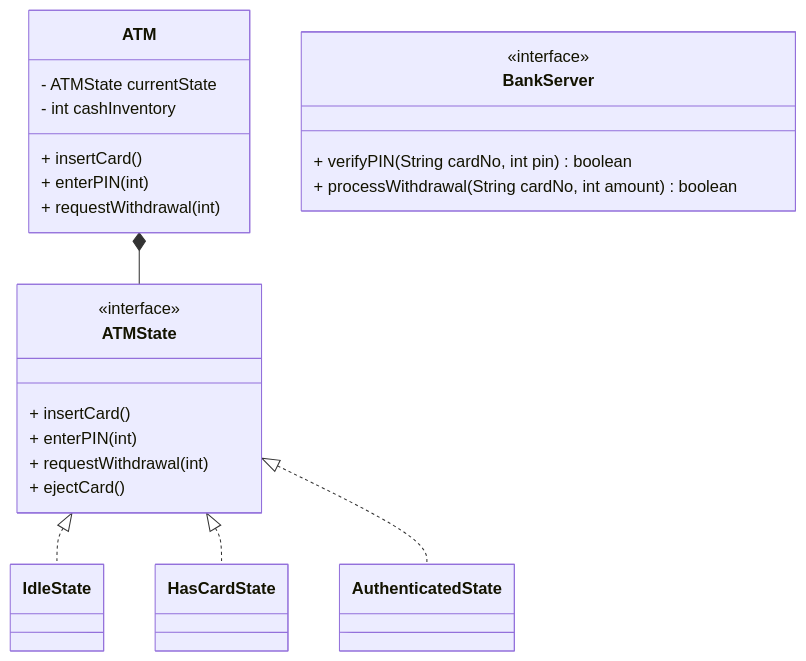
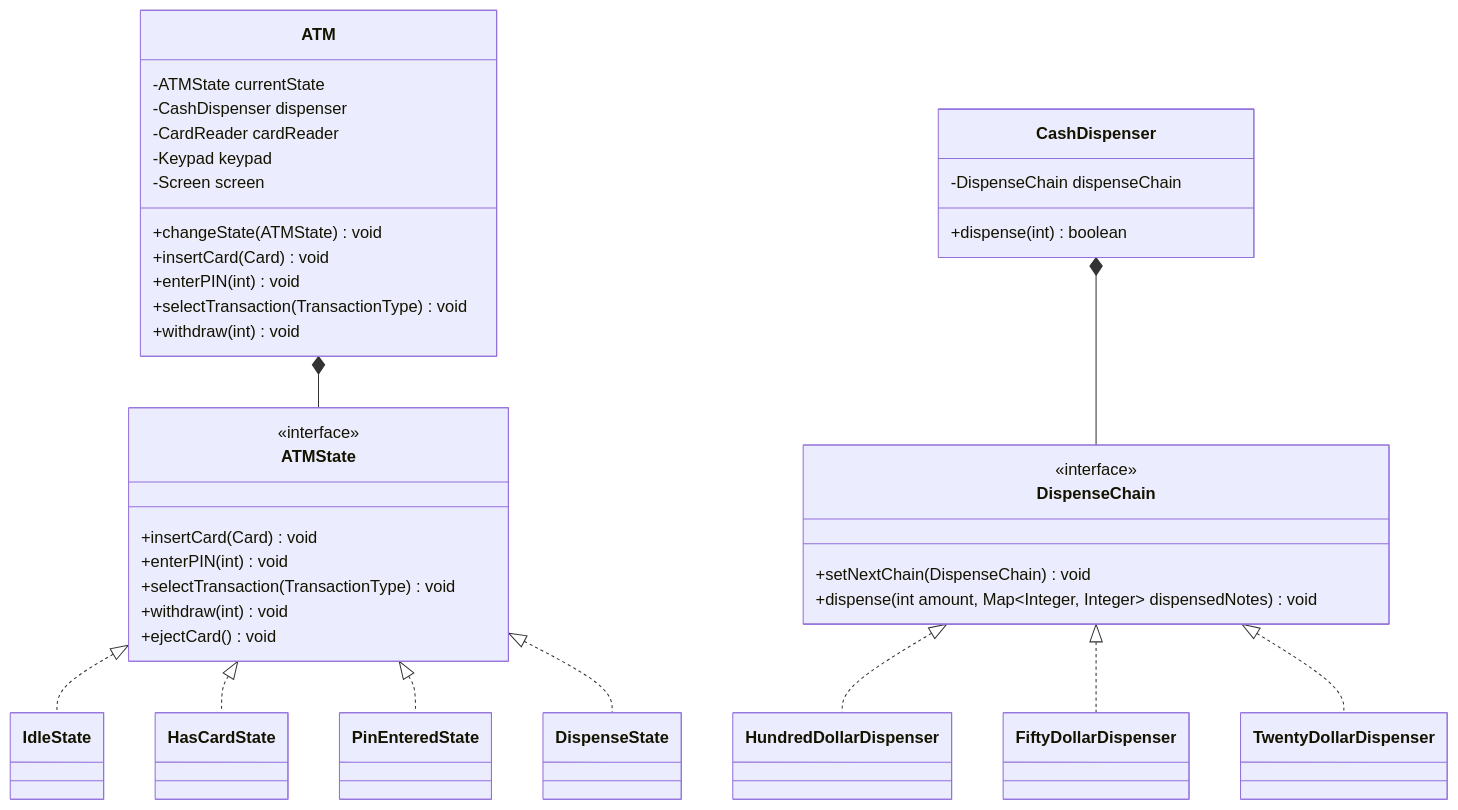
The second of 2 diagrams in src/pages/03-lld/machine-coding/atm/index.mdx (akshay-k-r/Interview-Prep-Resource), drawn with Mermaid before and after one commit. The commit also changed other lines of this file and 179 other files, not shown here.

````diff
--- a/src/pages/03-lld/machine-coding/atm/index.mdx
+++ b/src/pages/03-lld/machine-coding/atm/index.mdx
@@ -28,34 +55,55 @@
 ```mermaid
 classDiagram
     class ATM {
-        - ATMState currentState
-        - int cashInventory
-        + insertCard()
-        + enterPIN(int)
-        + requestWithdrawal(int)
+        -ATMState currentState
+        -CashDispenser dispenser
+        -CardReader cardReader
+        -Keypad keypad
+        -Screen screen
+        +changeState(ATMState) void
+        +insertCard(Card) void
+        +enterPIN(int) void
+        +selectTransaction(TransactionType) void
+        +withdraw(int) void
     }
 
     class ATMState {
         <<interface>>
-        + insertCard()
-        + enterPIN(int)
-        + requestWithdrawal(int)
-        + ejectCard()
+        +insertCard(Card) void
+        +enterPIN(int) void
+        +selectTransaction(TransactionType) void
+        +withdraw(int) void
+        +ejectCard() void
     }
-    
+
     class IdleState { }
     class HasCardState { }
-    class AuthenticatedState { }
-    
+    class PinEnteredState { }
+    class DispenseState { }
+
     ATMState <|.. IdleState
     ATMState <|.. HasCardState
-    ATMState <|.. AuthenticatedState
-    
+    ATMState <|.. PinEnteredState
+    ATMState <|.. DispenseState
     ATM *-- ATMState
 
-    class BankServer {
+    class CashDispenser {
+        -DispenseChain dispenseChain
+        +dispense(int) boolean
+    }
+
+    class DispenseChain {
         <<interface>>
-        + verifyPIN(String cardNo, int pin) boolean
-        + processWithdrawal(String cardNo, int amount) boolean
+        +setNextChain(DispenseChain) void
+        +dispense(int amount, Map~Integer, Integer~ dispensedNotes) void
     }
+
+    class HundredDollarDispenser { }
+    class FiftyDollarDispenser { }
+    class TwentyDollarDispenser { }
+
+    DispenseChain <|.. HundredDollarDispenser
+    DispenseChain <|.. FiftyDollarDispenser
+    DispenseChain <|.. TwentyDollarDispenser
+    CashDispenser *-- DispenseChain
 ```
````
